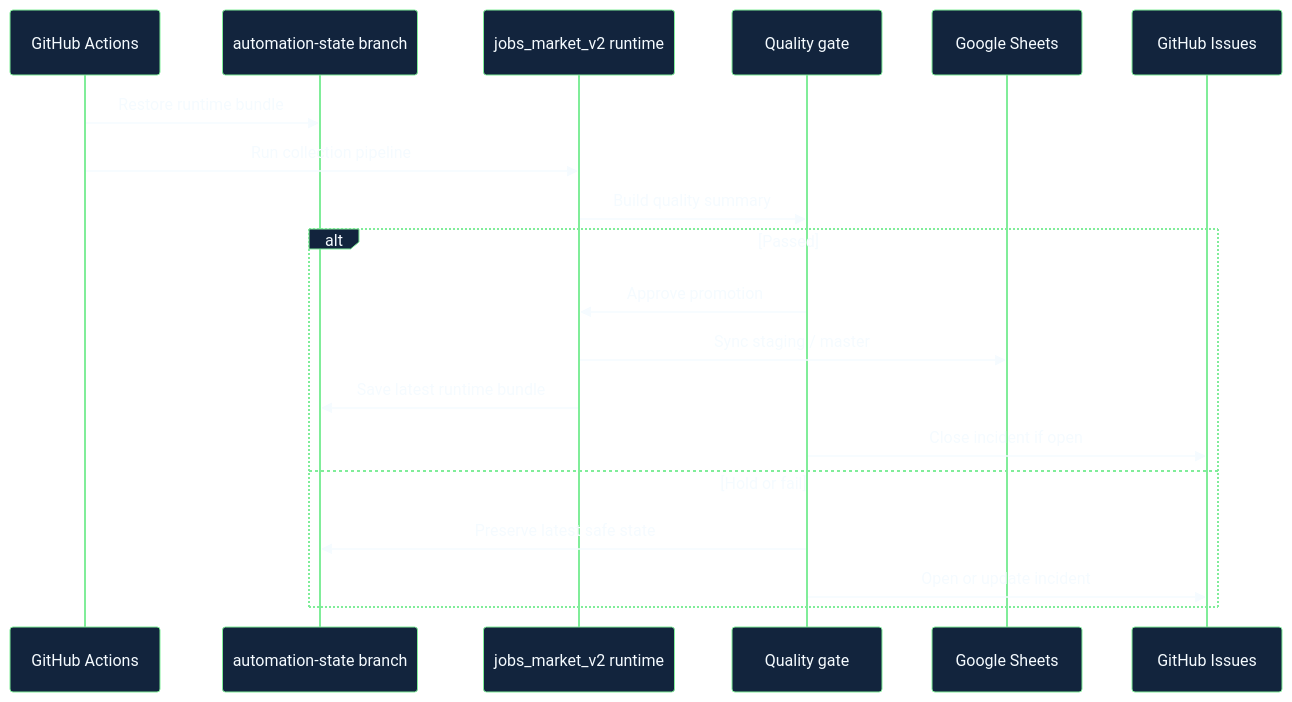
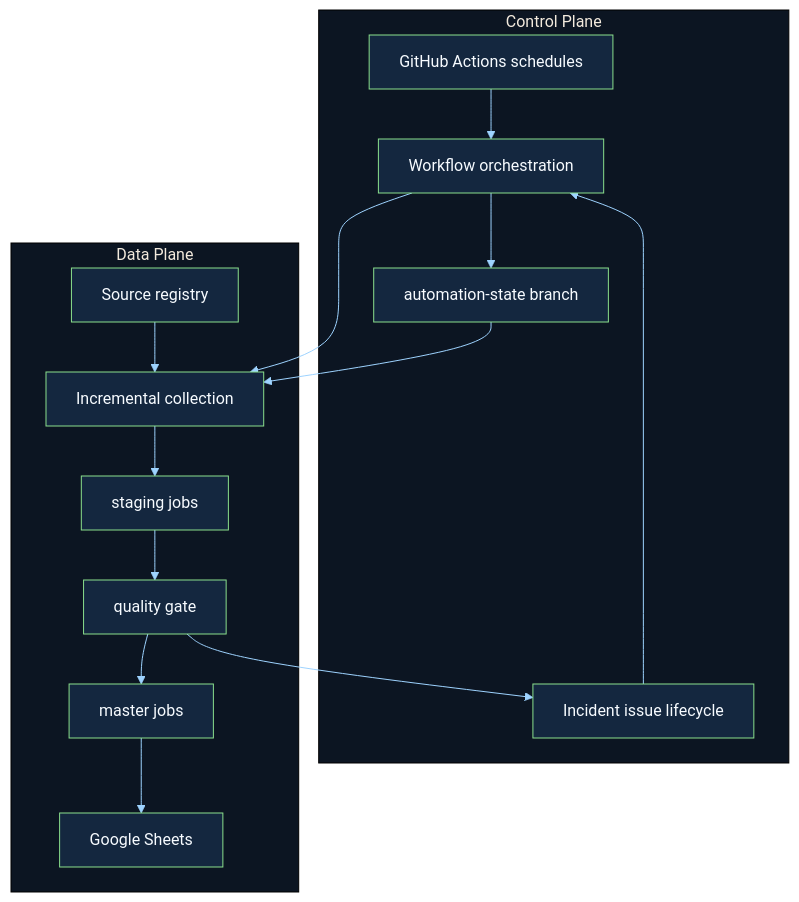
Before and after one commit to mwithgod3952/Biz-Voyager: the second of 2 diagrams in README.md, drawn with Mermaid. The commit also changed other lines of this file, not shown here.

````diff
--- a/README.md
+++ b/README.md
@@ -89,33 +124,35 @@
 ```mermaid
 %%{init: {'theme':'base','themeVariables': {
-  'primaryColor':'#12243d',
-  'primaryTextColor':'#f5fbff',
-  'primaryBorderColor':'#80ed99',
-  'lineColor':'#9ad8ff',
-  'secondaryColor':'#17355a',
-  'secondaryTextColor':'#eef7ff',
-  'tertiaryColor':'#0c1625',
-  'fontFamily':'Inter, Segoe UI, sans-serif'
+  'primaryColor':'#14273f',
+  'primaryTextColor':'#f7fbff',
+  'primaryBorderColor':'#8adf8c',
+  'secondaryColor':'#1d3e63',
+  'secondaryTextColor':'#edf7ff',
+  'tertiaryColor':'#0c1522',
+  'lineColor':'#9ed3ff',
+  'fontFamily':'Avenir Next, Segoe UI, sans-serif'
 }}}%%
-sequenceDiagram
-    participant Scheduler as GitHub Actions
-    participant State as automation-state branch
-    participant Runtime as jobs_market_v2 runtime
-    participant Gate as Quality gate
-    participant Sheets as Google Sheets
-    participant Issues as GitHub Issues
+flowchart TB
+    subgraph Control["Control Plane"]
+        A["GitHub Actions schedules"]
+        B["Workflow orchestration"]
+        C["automation-state branch"]
+        D["Incident issue lifecycle"]
+    end
 
-    Scheduler->>State: Restore runtime bundle
-    Scheduler->>Runtime: Run collection pipeline
-    Runtime->>Gate: Build quality summary
+    subgraph Data["Data Plane"]
+        E["Source registry"]
+        F["Incremental collection"]
+        G["staging jobs"]
+        H["quality gate"]
+        I["master jobs"]
+        J["Google Sheets"]
+    end
 
-    alt Passed
-        Gate->>Runtime: Approve promotion
-        Runtime->>Sheets: Sync staging / master
-        Runtime->>State: Save latest runtime bundle
-        Gate->>Issues: Close incident if open
-    else Hold or fail
-        Gate->>State: Preserve latest safe state
-        Gate->>Issues: Open or update incident
-    end
+    A --> B --> C
+    B --> F
+    D --> B
+    E --> F --> G --> H --> I --> J
+    C --> F
+    H --> D
 ```
````
